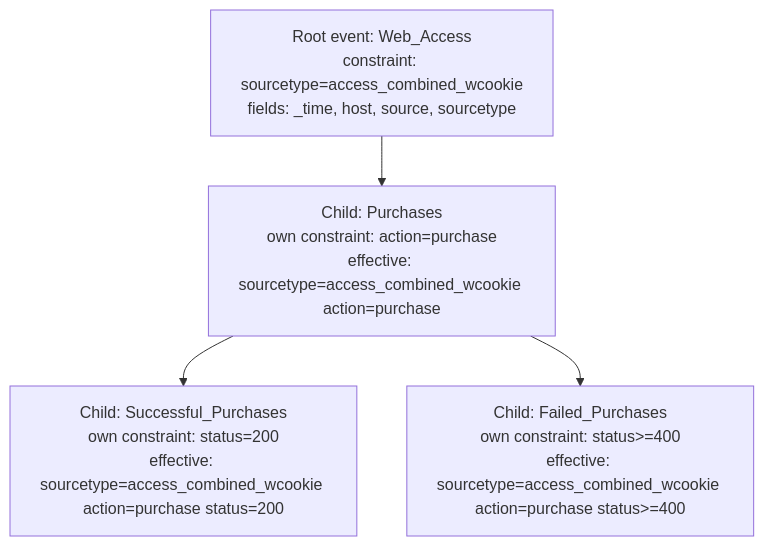
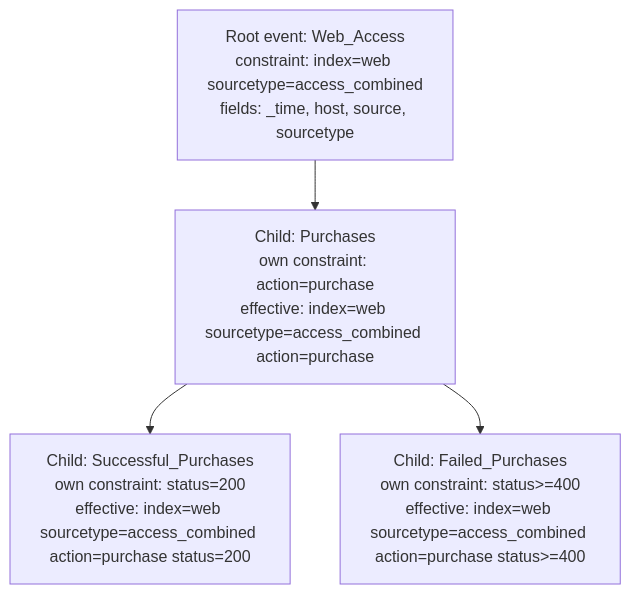
The second of 2 diagrams in static/splunk/splk-1002/topics/09-data-models-and-pivot.md (sudosamir9/sudosamir.com), drawn with Mermaid before and after one commit. The commit also changed other lines of this file and 95 other files, not shown here.

````diff
--- a/static/splunk/splk-1002/topics/09-data-models-and-pivot.md
+++ b/static/splunk/splk-1002/topics/09-data-models-and-pivot.md
@@ -50,10 +45,10 @@
 ```mermaid
 flowchart TD
-    R["Root event: Web_Access<br/>constraint: sourcetype=access_combined_wcookie<br/>fields: _time, host, source, sourcetype"]
-    P["Child: Purchases<br/>own constraint: action=purchase<br/>effective: sourcetype=access_combined_wcookie action=purchase"]
-    C1["Child: Successful_Purchases<br/>own constraint: status=200<br/>effective: sourcetype=access_combined_wcookie action=purchase status=200"]
-    C2["Child: Failed_Purchases<br/>own constraint: status&gt;=400<br/>effective: sourcetype=access_combined_wcookie action=purchase status&gt;=400"]
+    R["Root event: Web_Access<br/>constraint: index=web sourcetype=access_combined<br/>fields: _time, host, source, sourcetype"]
+    P["Child: Purchases<br/>own constraint: action=purchase<br/>effective: index=web sourcetype=access_combined action=purchase"]
+    C1["Child: Successful_Purchases<br/>own constraint: status=200<br/>effective: index=web sourcetype=access_combined action=purchase status=200"]
+    C2["Child: Failed_Purchases<br/>own constraint: status&gt;=400<br/>effective: index=web sourcetype=access_combined action=purchase status&gt;=400"]
     R --> P
     P --> C1
     P --> C2
 ```
````
